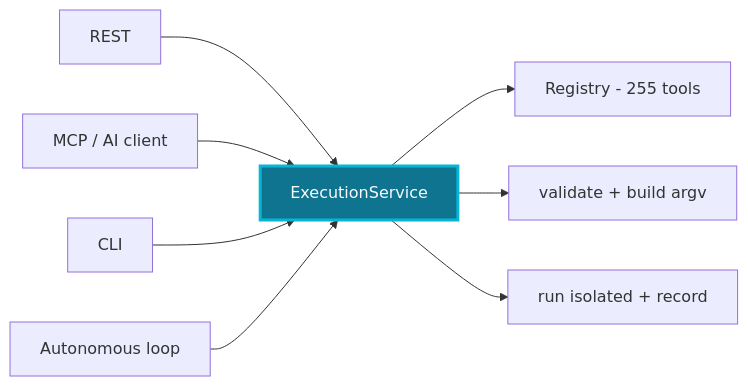
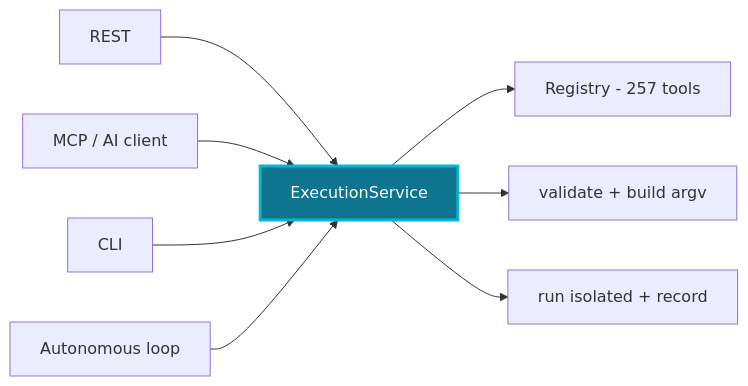
Before and after one commit to Arseno25/nexhunter: the diagram in README.md, drawn with Mermaid. The commit also changed other lines of this file and 13 other files, not shown here.

````diff
--- a/README.md
+++ b/README.md
@@ -52,11 +55,11 @@
 ```mermaid
 flowchart LR
     A[REST] --> E[ExecutionService]
     B[MCP / AI client] --> E
     C[CLI] --> E
     D[Autonomous loop] --> E
-    E --> R[Registry - 255 tools]
+    E --> R[Registry - 257 tools]
     E --> G[validate + build argv]
     E --> S[run isolated + record]
     style E fill:#0e7490,stroke:#06b6d4,stroke-width:3px,color:#f8fafc
 ```
````
